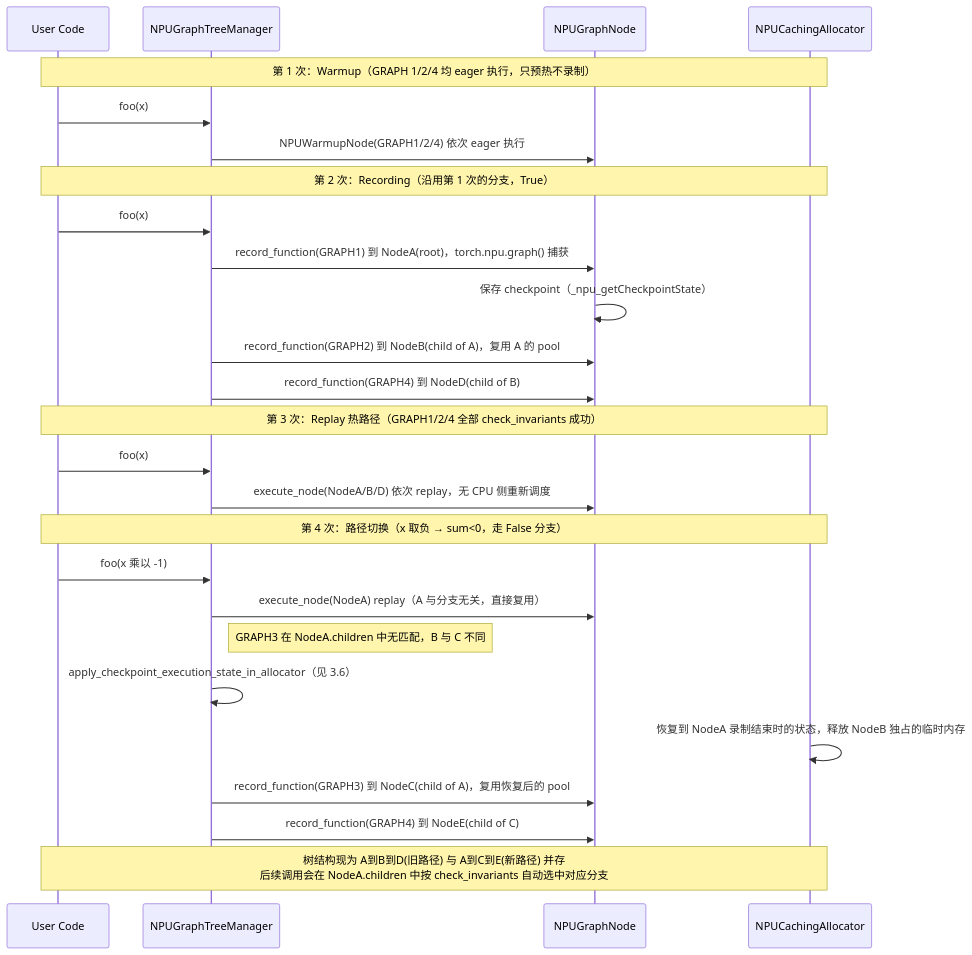
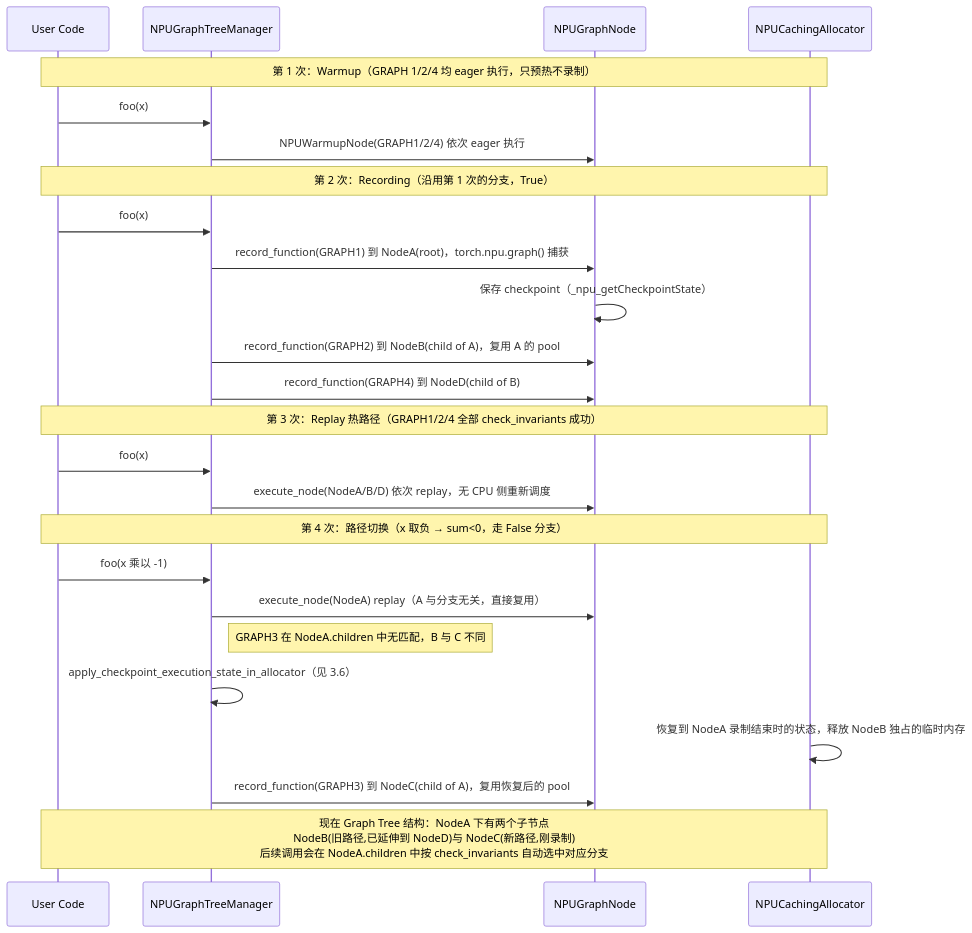
Diagram 12 of 20 in wiki/02_engineering/01_ai_frameworks/06_graphs/npu/torch_compile_npugraphs_deep_dive.md (suhaibo666/llm-knowledge), drawn with Mermaid before and after one commit. The commit also changed other lines of this file, not shown here.

First line of the commit message:
docs(graphs): restore unique facts dropped in a296f44 merge

````diff
--- a/wiki/02_engineering/01_ai_frameworks/06_graphs/npu/torch_compile_npugraphs_deep_dive.md
+++ b/wiki/02_engineering/01_ai_frameworks/06_graphs/npu/torch_compile_npugraphs_deep_dive.md
@@ -1750,33 +1844,32 @@
 ```mermaid
 sequenceDiagram
     participant User as User Code
     participant Mgr as NPUGraphTreeManager
     participant Node as NPUGraphNode
     participant Alloc as NPUCachingAllocator
 
     Note over User,Alloc: 第 1 次：Warmup（GRAPH 1/2/4 均 eager 执行，只预热不录制）
     User->>Mgr: foo(x)
     Mgr->>Node: NPUWarmupNode(GRAPH1/2/4) 依次 eager 执行
 
     Note over User,Alloc: 第 2 次：Recording（沿用第 1 次的分支，True）
     User->>Mgr: foo(x)
     Mgr->>Node: record_function(GRAPH1) 到 NodeA(root)，torch.npu.graph() 捕获
     Node->>Node: 保存 checkpoint（_npu_getCheckpointState）
     Mgr->>Node: record_function(GRAPH2) 到 NodeB(child of A)，复用 A 的 pool
     Mgr->>Node: record_function(GRAPH4) 到 NodeD(child of B)
 
     Note over User,Alloc: 第 3 次：Replay 热路径（GRAPH1/2/4 全部 check_invariants 成功）
     User->>Mgr: foo(x)
     Mgr->>Node: execute_node(NodeA/B/D) 依次 replay，无 CPU 侧重新调度
 
     Note over User,Alloc: 第 4 次：路径切换（x 取负 → sum<0，走 False 分支）
     User->>Mgr: foo(x 乘以 -1)
     Mgr->>Node: execute_node(NodeA) replay（A 与分支无关，直接复用）
     Note right of Mgr: GRAPH3 在 NodeA.children 中无匹配，B 与 C 不同
     Mgr->>Mgr: apply_checkpoint_execution_state_in_allocator（见 3.6）
     Alloc->>Alloc: 恢复到 NodeA 录制结束时的状态，释放 NodeB 独占的临时内存
     Mgr->>Node: record_function(GRAPH3) 到 NodeC(child of A)，复用恢复后的 pool
-    Mgr->>Node: record_function(GRAPH4) 到 NodeE(child of C)
 
-    Note over User,Alloc: 树结构现为 A到B到D(旧路径) 与 A到C到E(新路径) 并存<br/>后续调用会在 NodeA.children 中按 check_invariants 自动选中对应分支
+    Note over User,Alloc: 现在 Graph Tree 结构：NodeA 下有两个子节点<br/>NodeB(旧路径,已延伸到 NodeD)与 NodeC(新路径,刚录制)<br/>后续调用会在 NodeA.children 中按 check_invariants 自动选中对应分支
 ```
````
